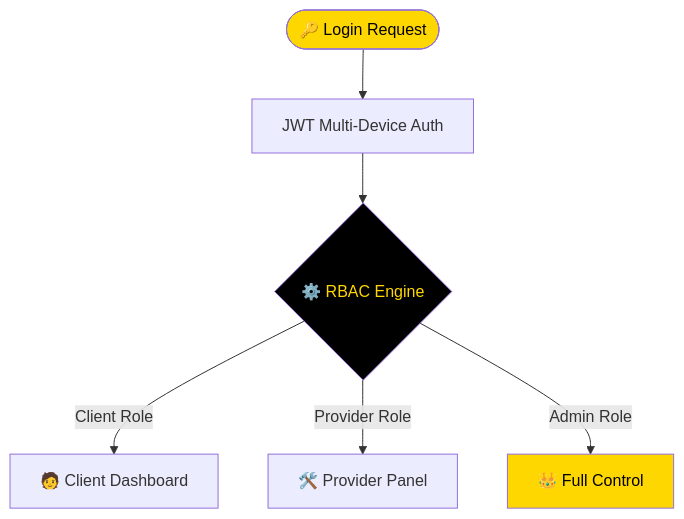
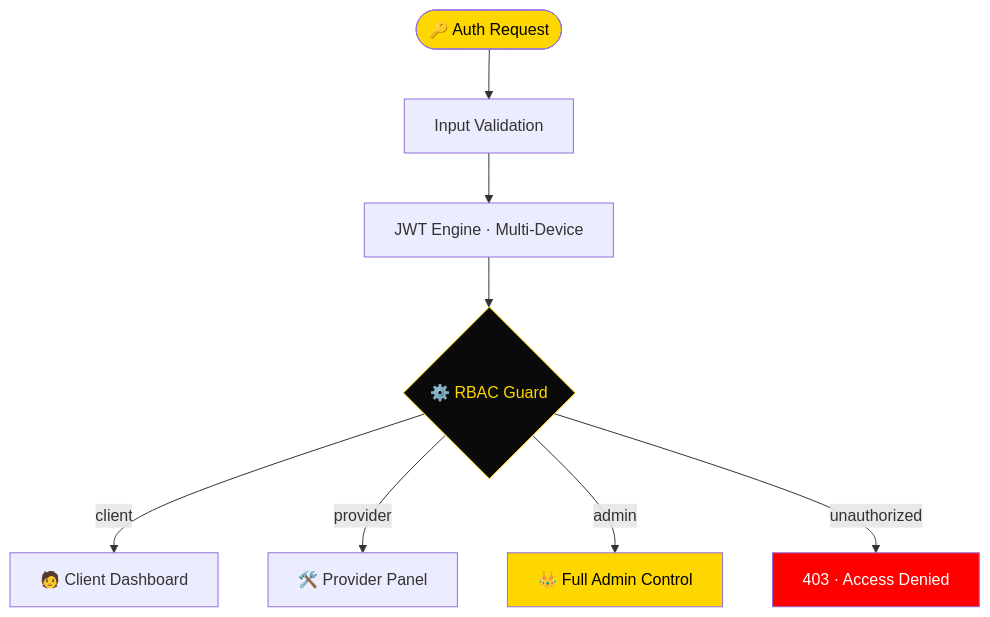
One commit to NietoDeveloper/SoftwareDT changed the second of 2 diagrams in README.md. Above: the diagram before and after it, drawn with Mermaid. The commit also changed other lines of this file, not shown here.

````diff
--- a/README.md
+++ b/README.md
@@ -112,12 +164,15 @@
 ```mermaid
 graph TD
-    Login([🔑 Login Request]) --> JWT[JWT Multi-Device Auth]
-    JWT --> RBAC{⚙️ RBAC Engine}
-    RBAC -->|Client Role| ClientUI[🧑 Client Dashboard]
-    RBAC -->|Provider Role| ProviderUI[🛠️ Provider Panel]
-    RBAC -->|Admin Role| AdminUI[👑 Full Control]
+    R([🔑 Auth Request]) --> V[Input Validation]
+    V --> JWT[JWT Engine · Multi-Device]
+    JWT --> RBAC{⚙️ RBAC Guard}
+    RBAC -->|client| C[🧑 Client Dashboard]
+    RBAC -->|provider| P[🛠️ Provider Panel]
+    RBAC -->|admin| A[👑 Full Admin Control]
+    RBAC -->|unauthorized| X[403 · Access Denied]
 
-    style Login fill:#FFD700,color:#000
-    style RBAC fill:#000,color:#FFD700
-    style AdminUI fill:#FFD700,color:#000
+    style R fill:#FFD700,color:#000
+    style RBAC fill:#0a0a0a,color:#FFD700,stroke:#FFD700
+    style A fill:#FFD700,color:#000
+    style X fill:#FF0000,color:#fff
 ```
````
